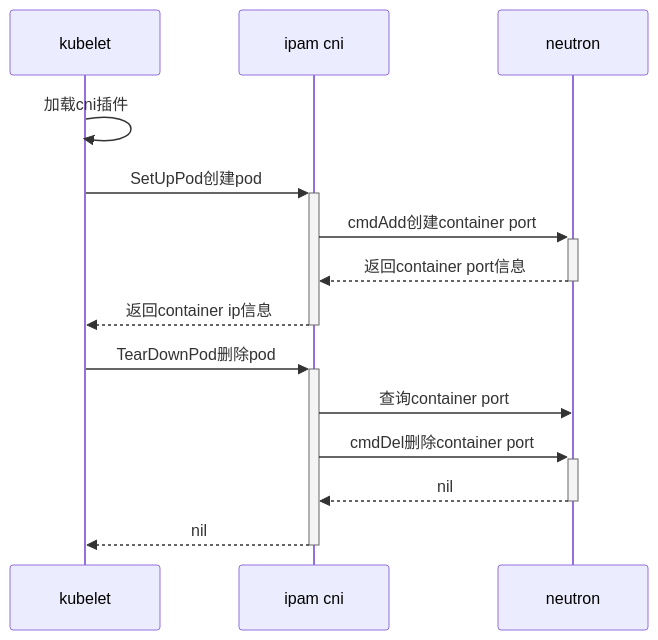
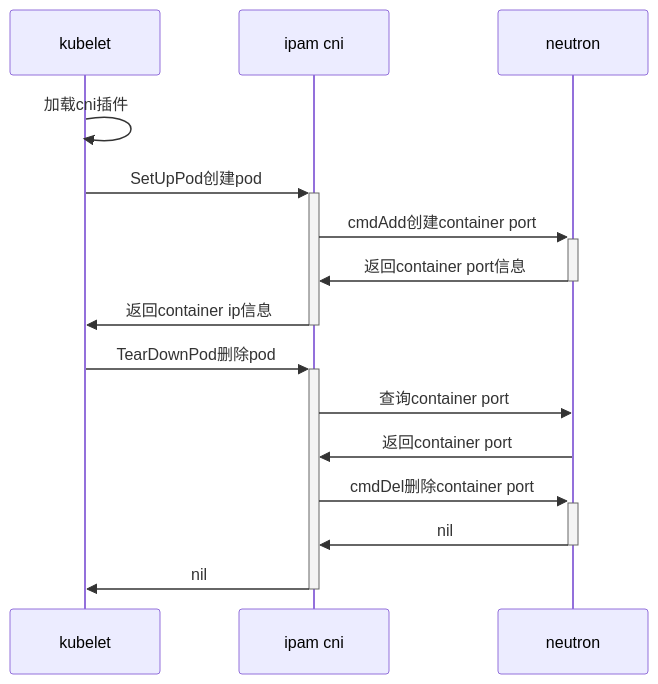
Before and after one commit to yaoice/int32bit.github.io: the diagram in _posts/2020-05-06-好记性不如烂笔头-k8s OpenStack网络打通一.md, drawn with Mermaid. The commit also changed other lines of this file and 1 other file, not shown here.

Commit message:
add k8s、OpenStack网络打通(一)

````diff
--- a/_posts/2020-05-06-好记性不如烂笔头-k8s OpenStack网络打通一.md
+++ b/_posts/2020-05-06-好记性不如烂笔头-k8s OpenStack网络打通一.md
@@ -72,13 +74,14 @@
 ```mermaid
 sequenceDiagram
     kubelet ->> kubelet : 加载cni插件
     kubelet ->> + ipam cni : SetUpPod创建pod
     ipam cni ->> + neutron : cmdAdd创建container port
-    neutron -->> - ipam cni : 返回container port信息
-    ipam cni -->> - kubelet: 返回container ip信息
+    neutron ->> - ipam cni : 返回container port信息
+    ipam cni ->> - kubelet: 返回container ip信息
     kubelet ->> + ipam cni : TearDownPod删除pod
     ipam cni ->> neutron: 查询container port
+    neutron ->> ipam cni: 返回container port
     ipam cni ->> + neutron : cmdDel删除container port
-    neutron -->> - ipam cni : nil
-    ipam cni -->> - kubelet : nil
+    neutron ->> - ipam cni : nil
+    ipam cni ->> - kubelet : nil
 ```
````
